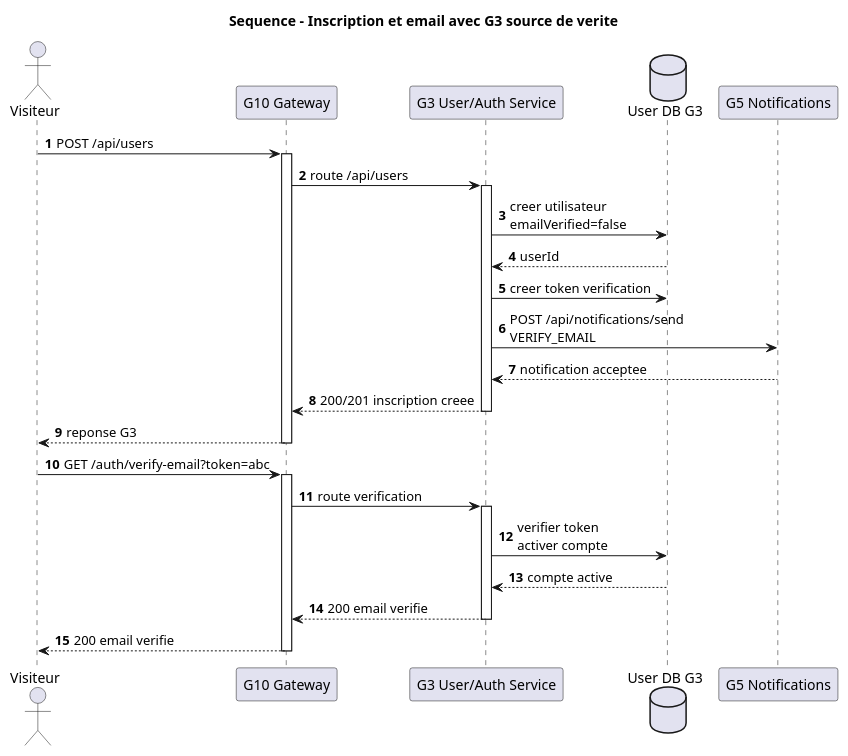
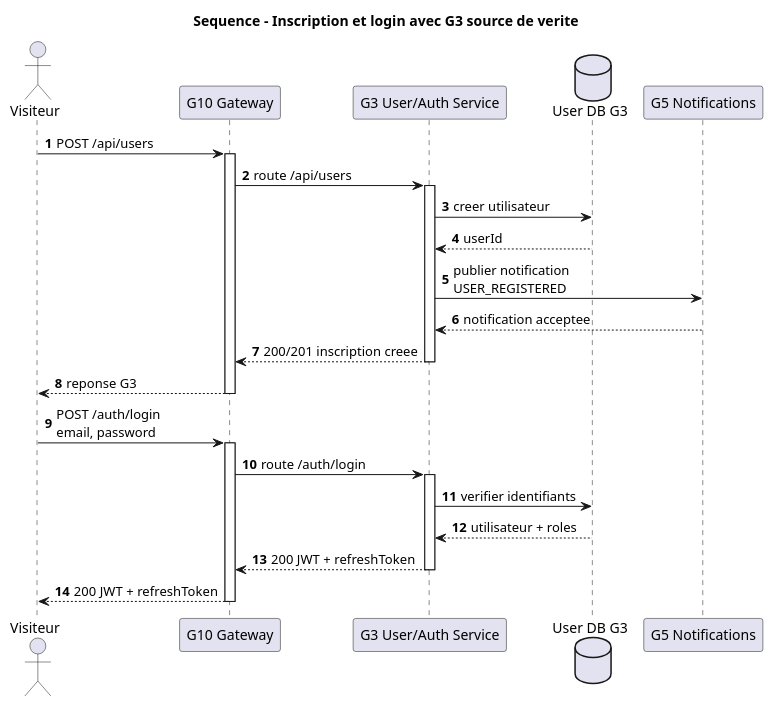
One commit to AmineElBiyadi/SGITU-Microservices changed the diagram in api-gateway/docs/diagrams/g10_05_sequence_inscription_email.puml. Above: the diagram before and after it, drawn with PlantUML. The commit also changed 14 other files, not shown here.

```diff
--- a/api-gateway/docs/diagrams/g10_05_sequence_inscription_email.puml
+++ b/api-gateway/docs/diagrams/g10_05_sequence_inscription_email.puml
@@ -1,36 +1,35 @@
 @startuml
-title Sequence - Inscription et email avec G3 source de verite
+title Sequence - Inscription et login avec G3 source de verite
 
 autonumber
 actor "Visiteur" as Visitor
 participant "G10 Gateway" as G10
 participant "G3 User/Auth Service" as G3
 database "User DB G3" as Db
 participant "G5 Notifications" as G5
 
 Visitor -> G10 : POST /api/users
 activate G10
 G10 -> G3 : route /api/users
 activate G3
-G3 -> Db : creer utilisateur\nemailVerified=false
+G3 -> Db : creer utilisateur
 Db --> G3 : userId
-G3 -> Db : creer token verification
-G3 -> G5 : POST /api/notifications/send\nVERIFY_EMAIL
+G3 -> G5 : publier notification\nUSER_REGISTERED
 G5 --> G3 : notification acceptee
 G3 --> G10 : 200/201 inscription creee
 deactivate G3
 G10 --> Visitor : reponse G3
 deactivate G10
 
-Visitor -> G10 : GET /auth/verify-email?token=abc
+Visitor -> G10 : POST /auth/login\nemail, password
 activate G10
-G10 -> G3 : route verification
+G10 -> G3 : route /auth/login
 activate G3
-G3 -> Db : verifier token\nactiver compte
-Db --> G3 : compte active
-G3 --> G10 : 200 email verifie
+G3 -> Db : verifier identifiants
+Db --> G3 : utilisateur + roles
+G3 --> G10 : 200 JWT + refreshToken
 deactivate G3
-G10 --> Visitor : 200 email verifie
+G10 --> Visitor : 200 JWT + refreshToken
 deactivate G10
 
 @enduml
```
